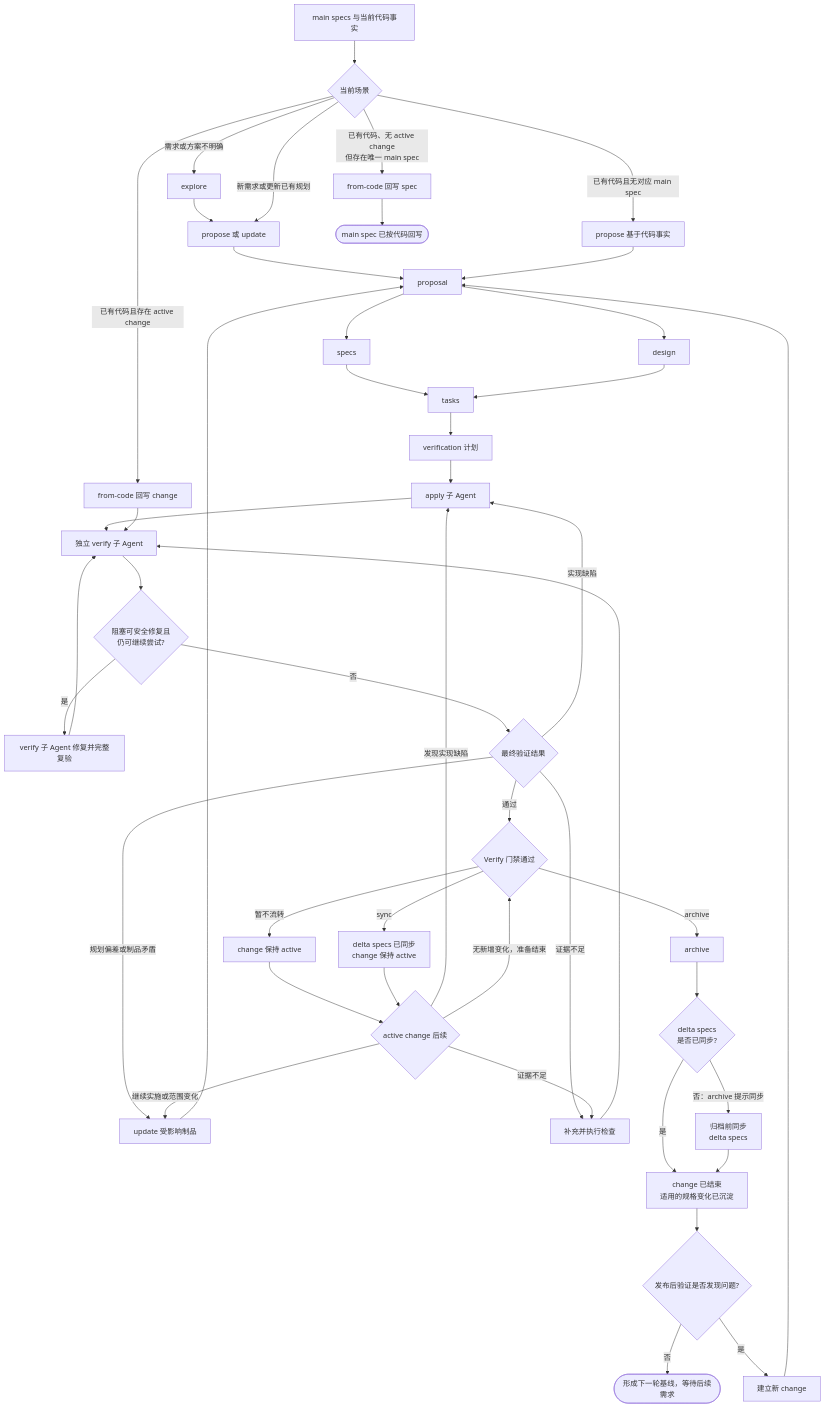
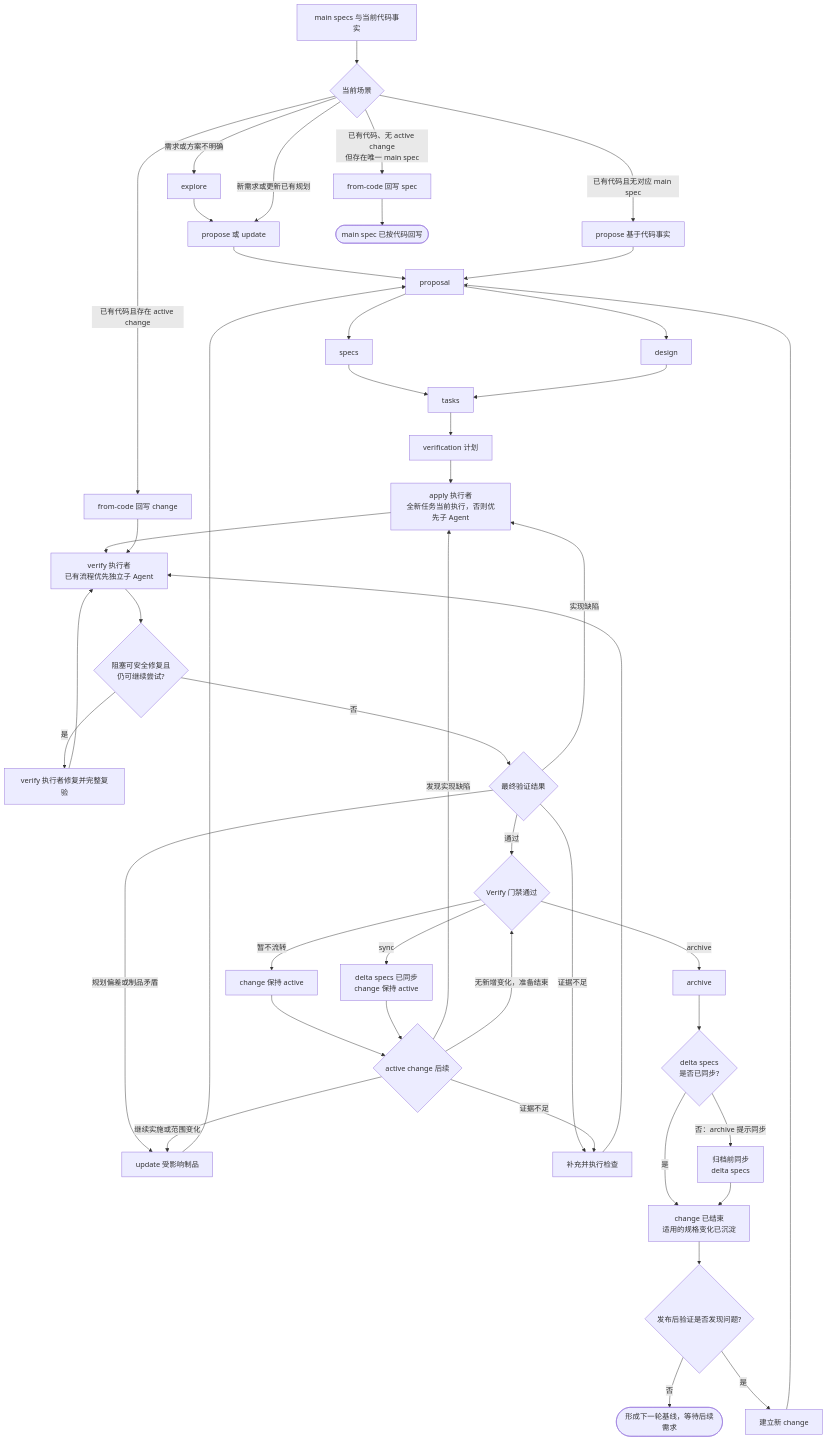
Before and after one commit to youpinyao/ai-tools: the second of 2 diagrams in docs/ai-sdd-workflow.md, drawn with Mermaid. The commit also changed other lines of this file and 4 other files, not shown here.

First line of the commit message:
feat(openspec): 允许全新任务直执 apply/verify 并安全降级

````diff
--- a/docs/ai-sdd-workflow.md
+++ b/docs/ai-sdd-workflow.md
@@ -72,54 +72,54 @@
 ```mermaid
 flowchart TD
     Baseline[main specs 与当前代码事实] --> Entry{当前场景}
     Entry -->|需求或方案不明确| Explore[explore]
     Explore --> Plan[propose 或 update]
     Entry -->|新需求或更新已有规划| Plan
     Entry -->|已有代码且存在 active change| FromCodeChange[from-code 回写 change]
     Entry -->|已有代码、无 active change<br/>但存在唯一 main spec| FromCodeSpec[from-code 回写 spec]
     Entry -->|已有代码且无对应 main spec| ProposeFromCode[propose 基于代码事实]
 
     Plan --> Proposal[proposal]
     ProposeFromCode --> Proposal
     Proposal --> Specs[specs]
     Proposal --> Design[design]
     Specs --> Tasks[tasks]
     Design --> Tasks
     Tasks --> VerificationPlan[verification 计划]
-    VerificationPlan --> ApplyLoop[apply 子 Agent]
-    ApplyLoop --> VerifyLoop[独立 verify 子 Agent]
+    VerificationPlan --> ApplyLoop[apply 执行者<br/>全新任务当前执行，否则优先子 Agent]
+    ApplyLoop --> VerifyLoop[verify 执行者<br/>已有流程优先独立子 Agent]
     FromCodeChange --> VerifyLoop
     FromCodeSpec --> SpecDone([main spec 已按代码回写])
     VerifyLoop --> Repairable{阻塞可安全修复且<br/>仍可继续尝试?}
-    Repairable -->|是| RepairInVerify[verify 子 Agent 修复并完整复验]
+    Repairable -->|是| RepairInVerify[verify 执行者修复并完整复验]
     RepairInVerify --> VerifyLoop
     Repairable -->|否| VerifyResult{最终验证结果}
 
     VerifyResult -->|实现缺陷| ApplyLoop
     VerifyResult -->|规划偏差或制品矛盾| UpdateArtifacts[update 受影响制品]
     UpdateArtifacts --> Proposal
     VerifyResult -->|证据不足| AddChecks[补充并执行检查]
     AddChecks --> VerifyLoop
 
     VerifyResult -->|通过| Gate{Verify 门禁通过}
     Gate -->|暂不流转| Active[change 保持 active]
     Gate -->|sync| Synced[delta specs 已同步<br/>change 保持 active]
     Gate -->|archive| ArchiveLoop[archive]
 
     Active --> ActiveNext{active change 后续}
     Synced --> ActiveNext
     ActiveNext -->|继续实施或范围变化| UpdateArtifacts
     ActiveNext -->|发现实现缺陷| ApplyLoop
     ActiveNext -->|证据不足| AddChecks
     ActiveNext -->|无新增变化，准备结束| Gate
 
     ArchiveLoop --> SyncCheck{delta specs<br/>是否已同步?}
     SyncCheck -->|否：archive 提示同步| ArchiveSync[归档前同步<br/>delta specs]
     SyncCheck -->|是| Closed
     ArchiveSync --> Closed
     Closed[change 已结束<br/>适用的规格变化已沉淀]
     Closed --> PostRelease{发布后验证是否发现问题?}
     PostRelease -->|否| NewBaseline([形成下一轮基线，等待后续需求])
     PostRelease -->|是| NewChange[建立新 change]
     NewChange --> Proposal
 ```
````
